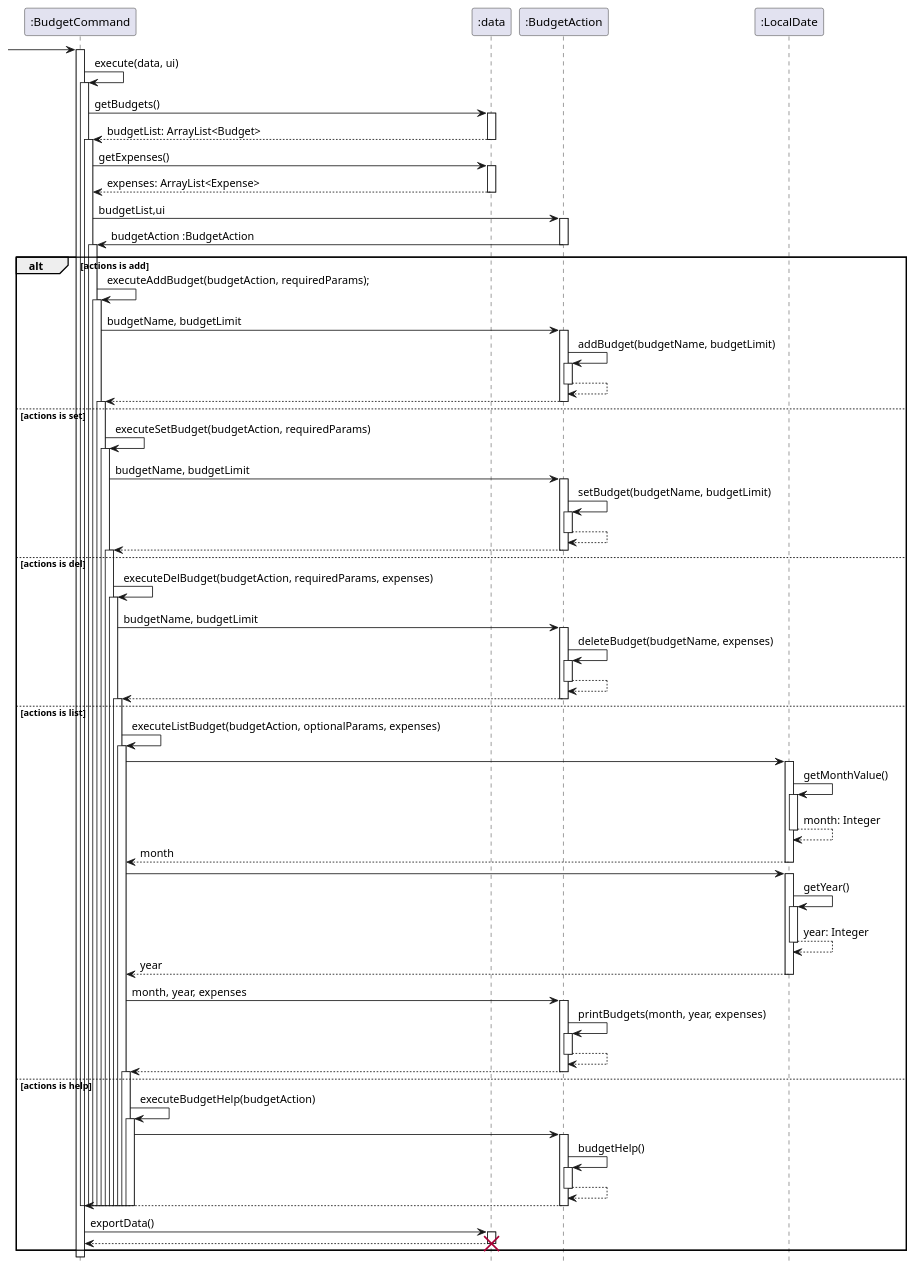
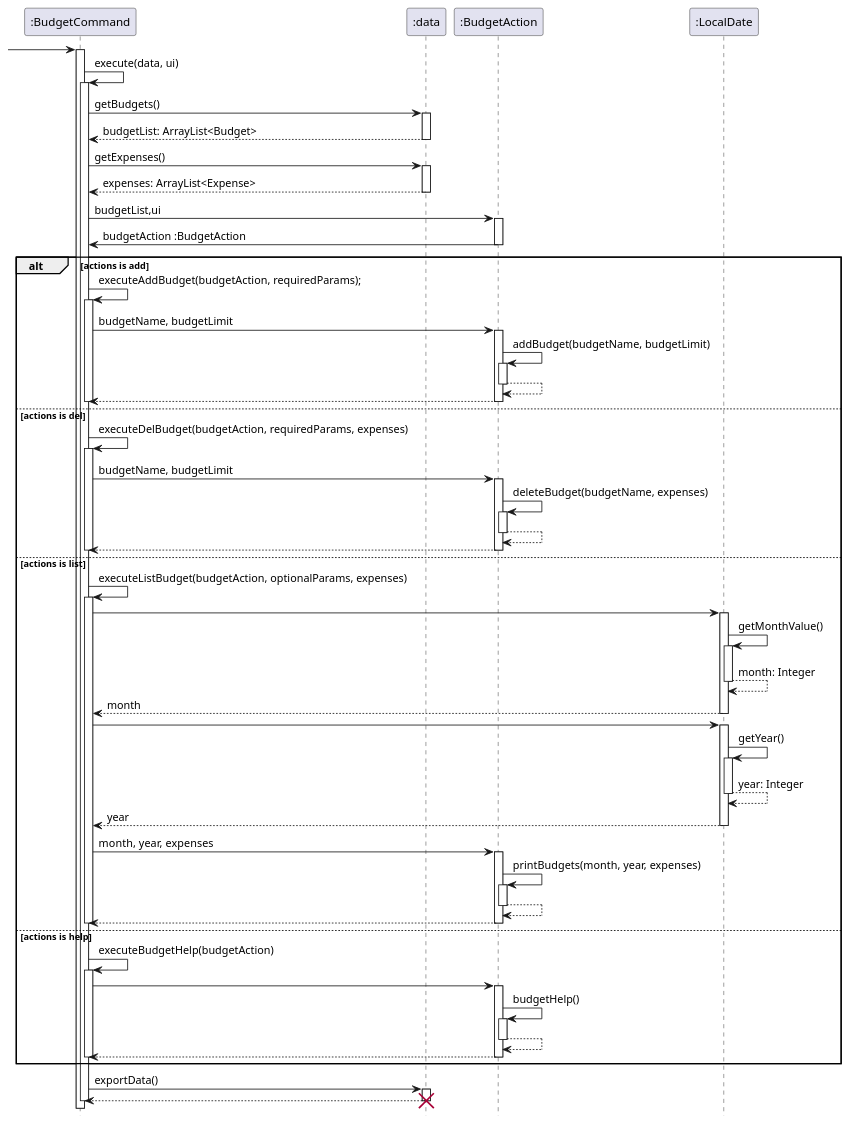
One commit to stephenkyang/tp changed the diagram in docs/uml/BudgetCommandSequence.puml. Above: the diagram before and after it, drawn with PlantUML.

Commit message:
fix Budget Command Sequence diagram

```diff
--- a/docs/uml/BudgetCommandSequence.puml
+++ b/docs/uml/BudgetCommandSequence.puml
@@ -1,127 +1,118 @@
 @startuml
 
 hide footbox
 
  -> ":BudgetCommand":
 
 activate ":BudgetCommand"
 ":BudgetCommand" -> ":BudgetCommand": execute(data, ui)
 activate  ":BudgetCommand"
 ":BudgetCommand" -> ":data": getBudgets()
 activate ":data"
 return budgetList: ArrayList<Budget>
 deactivate ":data"
 
-activate  ":BudgetCommand"
+
+
 ":BudgetCommand" -> ":data": getExpenses()
 activate ":data"
 return expenses: ArrayList<Expense>
-
-
 
 ":BudgetCommand" -> ":BudgetAction" : budgetList,ui
 activate ":BudgetAction"
 ":BudgetAction" -> ":BudgetCommand" : budgetAction :BudgetAction
 deactivate ":BudgetAction"
 
+
 alt actions is add
-activate  ":BudgetCommand"
 ":BudgetCommand" -> ":BudgetCommand": executeAddBudget(budgetAction, requiredParams);
 activate ":BudgetCommand"
 ":BudgetCommand" -> ":BudgetAction" : budgetName, budgetLimit
 activate ":BudgetAction"
 ":BudgetAction" -> ":BudgetAction" : addBudget(budgetName, budgetLimit)
 activate ":BudgetAction"
+
+
+
 return
 return
 
 
-else actions is set
-activate  ":BudgetCommand"
-":BudgetCommand" -> ":BudgetCommand": executeSetBudget(budgetAction, requiredParams)
-activate ":BudgetCommand"
-":BudgetCommand" -> ":BudgetAction" : budgetName, budgetLimit
-activate ":BudgetAction"
-":BudgetAction" -> ":BudgetAction" : setBudget(budgetName, budgetLimit)
-activate ":BudgetAction"
-return
-return
 
+deactivate ":BudgetCommand"
 
 else actions is del
-activate  ":BudgetCommand"
 ":BudgetCommand" -> ":BudgetCommand": executeDelBudget(budgetAction, requiredParams, expenses)
 activate ":BudgetCommand"
 ":BudgetCommand" -> ":BudgetAction" : budgetName, budgetLimit
 activate ":BudgetAction"
 ":BudgetAction" -> ":BudgetAction" : deleteBudget(budgetName, expenses)
 activate ":BudgetAction"
 return
 return
 
+deactivate ":BudgetCommand"
+
 else actions is list
-activate  ":BudgetCommand"
 ":BudgetCommand" -> ":BudgetCommand": executeListBudget(budgetAction, optionalParams, expenses)
 activate ":BudgetCommand"
 
 ":BudgetCommand" -> ":LocalDate":
 activate ":LocalDate"
 ":LocalDate" -> ":LocalDate": getMonthValue()
 activate ":LocalDate"
 return month: Integer
 return month
+
 
 ":BudgetCommand" -> ":LocalDate":
 activate ":LocalDate"
 ":LocalDate" -> ":LocalDate": getYear()
 activate ":LocalDate"
 return year: Integer
 return year
 
 ":BudgetCommand" -> ":BudgetAction" : month, year, expenses
 activate ":BudgetAction"
 ":BudgetAction" -> ":BudgetAction" : printBudgets(month, year, expenses)
 activate ":BudgetAction"
 return
 return
 
+deactivate ":BudgetCommand"
 
 else actions is help
-activate  ":BudgetCommand"
 ":BudgetCommand" -> ":BudgetCommand": executeBudgetHelp(budgetAction)
 activate ":BudgetCommand"
 ":BudgetCommand" -> ":BudgetAction"
 activate ":BudgetAction"
 ":BudgetAction" -> ":BudgetAction" : budgetHelp()
 activate ":BudgetAction"
 return
 return
 
-
 deactivate ":BudgetCommand"
-deactivate ":BudgetCommand"
-deactivate ":BudgetCommand"
-deactivate ":BudgetCommand"
-deactivate ":BudgetCommand"
-deactivate ":BudgetCommand"
-deactivate ":BudgetCommand"
-deactivate ":BudgetCommand"
-deactivate ":BudgetCommand"
-deactivate ":BudgetCommand"
-deactivate ":BudgetCommand"
-deactivate ":BudgetCommand"
-
+end
 
 ":BudgetCommand" -> ":data": exportData()
 activate ":data"
 return
-
 deactivate ":data"
 destroy ":data"
 
+deactivate ":data"
+deactivate ":BudgetCommand"
 
-end
+
+
+
+
+
+
+
+
+
 
 
 
 @enduml
```
